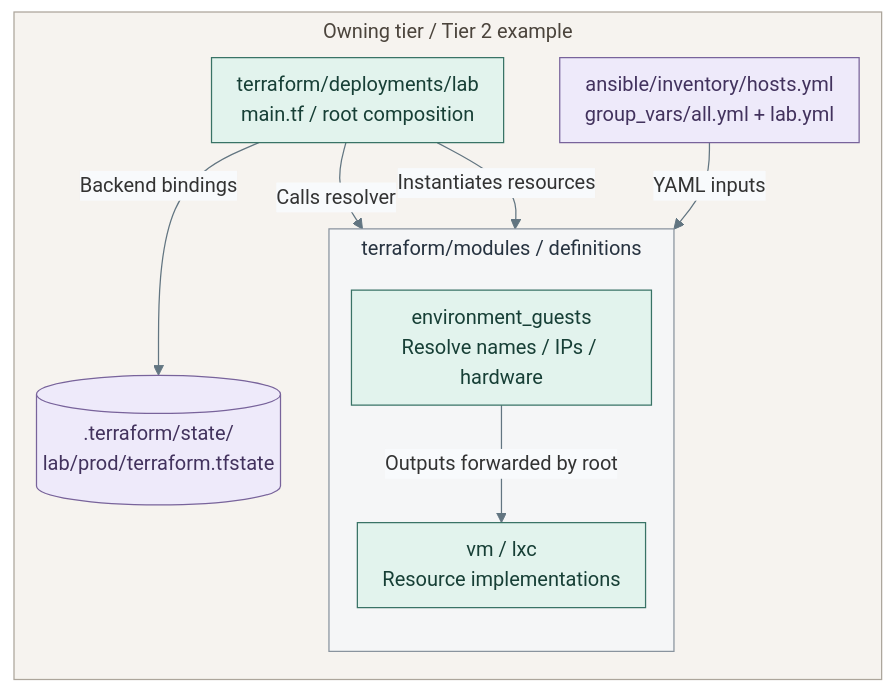
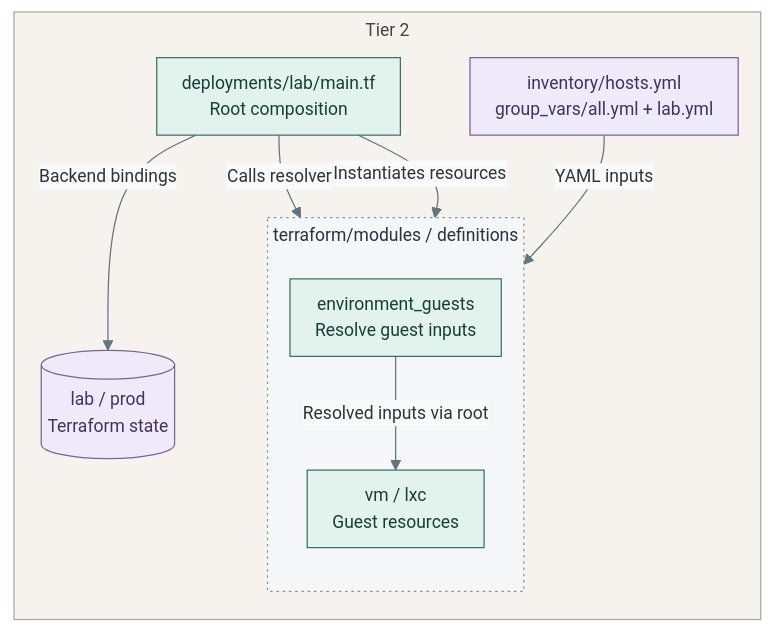
One commit to Rexus/homelab changed the first of 2 diagrams in docs/04-development/code-layout.md. Above: the diagram before and after it, drawn with Mermaid. The commit also changed other lines of this file and 124 other files, not shown here.

First line of the commit message:
fix(platform): align service diagrams and directory failover

````diff
--- a/docs/04-development/code-layout.md
+++ b/docs/04-development/code-layout.md
@@ -63,30 +63,30 @@
 ```mermaid
-%%{init: {"theme":"base","flowchart":{"nodeSpacing":16,"rankSpacing":20,"padding":10,"subGraphTitleMargin":{"top":4,"bottom":10}},"themeVariables":{"lineColor":"#627581","edgeLabelBackground":"#f8fafc"}}}%%
+%%{init: {"theme":"base","flowchart":{"nodeSpacing":16,"rankSpacing":20,"padding":10,"subGraphTitleMargin":{"top":4,"bottom":10}},"themeVariables":{"lineColor":"#627581","edgeLabelBackground":"#f8fafc","fontFamily":"Arial, sans-serif","fontSize":"14px"},"fontFamily":"Arial, sans-serif"}}%%
 flowchart TB
-  subgraph Tier["Owning tier / Tier 2 example"]
+  subgraph Tier["Tier 2"]
     direction TB
-    Root["terraform/deployments/lab<br/>main.tf / root composition"]
-    Inputs["ansible/inventory/hosts.yml<br/>group_vars/all.yml + lab.yml"]
+    Root["deployments/lab/main.tf<br/>Root composition"]
+    Inputs["inventory/hosts.yml<br/>group_vars/all.yml + lab.yml"]
     subgraph Modules["terraform/modules / definitions"]
       direction TB
-      Resolve["environment_guests<br/>Resolve names / IPs / hardware"]
-      Resources["vm / lxc<br/>Resource implementations"]
-      Resolve -->|Outputs forwarded by root| Resources
+      Resolve["environment_guests<br/>Resolve guest inputs"]
+      Resources["vm / lxc<br/>Guest resources"]
+      Resolve -->|Resolved inputs via root| Resources
     end
-    State[(".terraform/state/<br/>lab/prod/terraform.tfstate")]
+    State[("lab / prod<br/>Terraform state")]
     Root -->|Calls resolver| Resolve
     Root -->|Instantiates resources| Resources
     Inputs -->|YAML inputs| Resolve
     Root -->|Backend bindings| State
   end
   classDef default fill:#f8fafc,stroke:#64748b,color:#1f2937
   classDef boundary fill:#eef2f6,stroke:#64748b,color:#1f2937
   classDef control fill:#e2f3ed,stroke:#397366,color:#173f36
   classDef data fill:#eeeafa,stroke:#78639b,color:#42325d
   classDef tier2 fill:#f6f3ef,stroke:#aca59b,color:#4b443c
-  classDef group fill:#f5f6f7,stroke:#89939e,color:#273340
+  classDef group fill:#f5f6f7,stroke:#89939e,color:#273340,stroke-dasharray:2 3
   class Tier tier2
   class Modules group
   class Root,Resolve,Resources control
   class Inputs,State data
 ```
````
